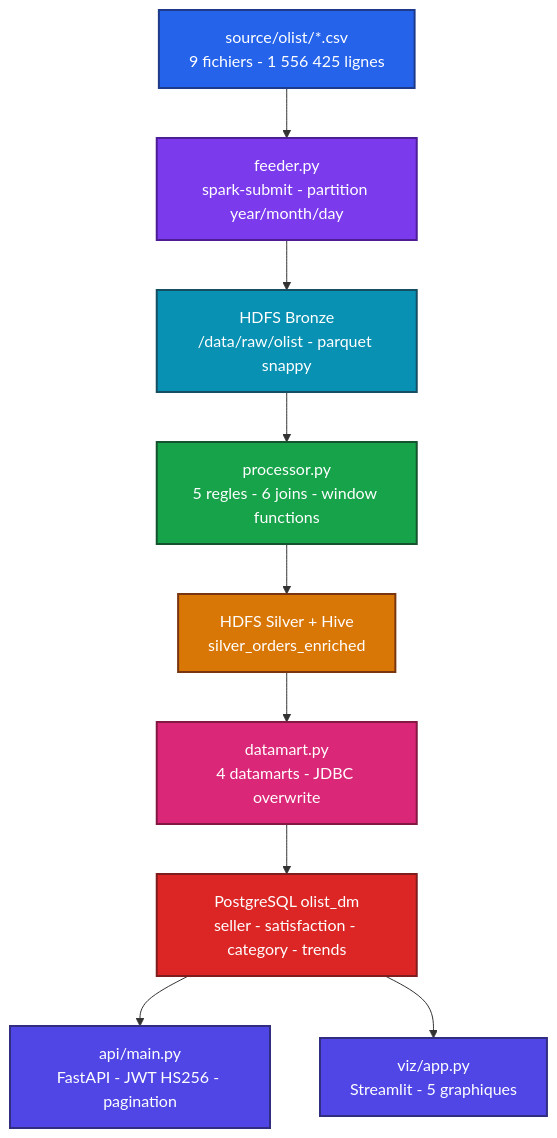
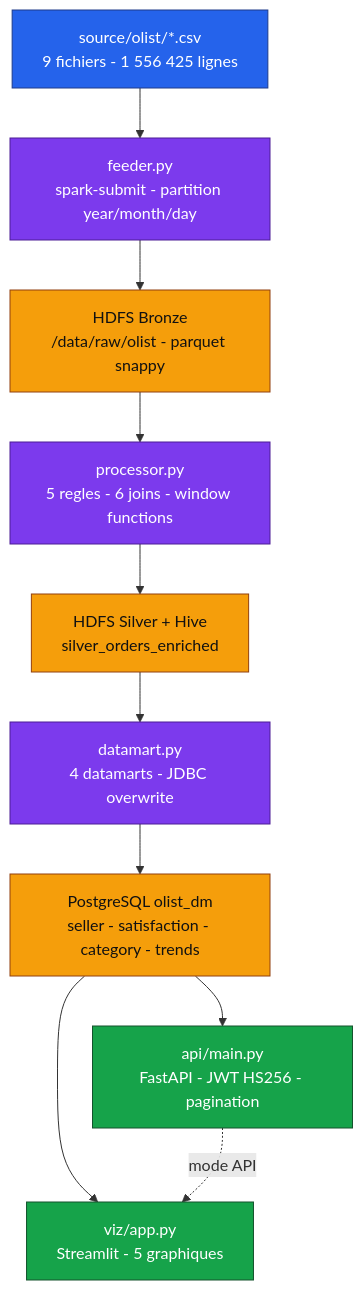
One commit to Adam-Blf/projet-bdf-m1-olist changed the diagram in README.md. Above: the diagram before and after it, drawn with Mermaid. The commit also changed other lines of this file, not shown here.

First line of the commit message:
Add version badge and role-coloured architecture diagram (#5)

````diff
--- a/README.md
+++ b/README.md
@@ -46,33 +45,27 @@
 ```mermaid
 flowchart TB
     SRC["source/olist/*.csv<br/>9 fichiers - 1 556 425 lignes"]
     FEED["feeder.py<br/>spark-submit - partition year/month/day"]
     BRONZE["HDFS Bronze<br/>/data/raw/olist - parquet snappy"]
     PROC["processor.py<br/>5 regles - 6 joins - window functions"]
     SILVER["HDFS Silver + Hive<br/>silver_orders_enriched"]
     MART["datamart.py<br/>4 datamarts - JDBC overwrite"]
     GOLD["PostgreSQL olist_dm<br/>seller - satisfaction - category - trends"]
     API["api/main.py<br/>FastAPI - JWT HS256 - pagination"]
     VIZ["viz/app.py<br/>Streamlit - 5 graphiques"]
 
     SRC --> FEED --> BRONZE --> PROC --> SILVER --> MART --> GOLD
     GOLD --> API
     GOLD --> VIZ
+    API -. "mode API" .-> VIZ
 
-    classDef c0 fill:#2563eb,stroke:#1e3a8a,stroke-width:2px,color:#ffffff
-    classDef c1 fill:#7c3aed,stroke:#4c1d95,stroke-width:2px,color:#ffffff
-    classDef c2 fill:#0891b2,stroke:#164e63,stroke-width:2px,color:#ffffff
-    classDef c3 fill:#16a34a,stroke:#14532d,stroke-width:2px,color:#ffffff
-    classDef c4 fill:#d97706,stroke:#78350f,stroke-width:2px,color:#ffffff
-    classDef c5 fill:#db2777,stroke:#831843,stroke-width:2px,color:#ffffff
-    classDef c6 fill:#dc2626,stroke:#7f1d1d,stroke-width:2px,color:#ffffff
-    classDef c7 fill:#4f46e5,stroke:#312e81,stroke-width:2px,color:#ffffff
-    class SRC c0
-    class FEED c1
-    class BRONZE c2
-    class PROC c3
-    class SILVER c4
-    class MART c5
-    class GOLD c6
-    class API,VIZ c7
+    classDef input fill:#2563eb,stroke:#1e3a8a,color:#fff
+    classDef process fill:#7c3aed,stroke:#4c1d95,color:#fff
+    classDef store fill:#f59e0b,stroke:#92400e,color:#111
+    classDef ok fill:#16a34a,stroke:#14532d,color:#fff
+    classDef error fill:#dc2626,stroke:#7f1d1d,color:#fff
+    class SRC input
+    class FEED,PROC,MART process
+    class BRONZE,SILVER,GOLD store
+    class API,VIZ ok
 ```
````
